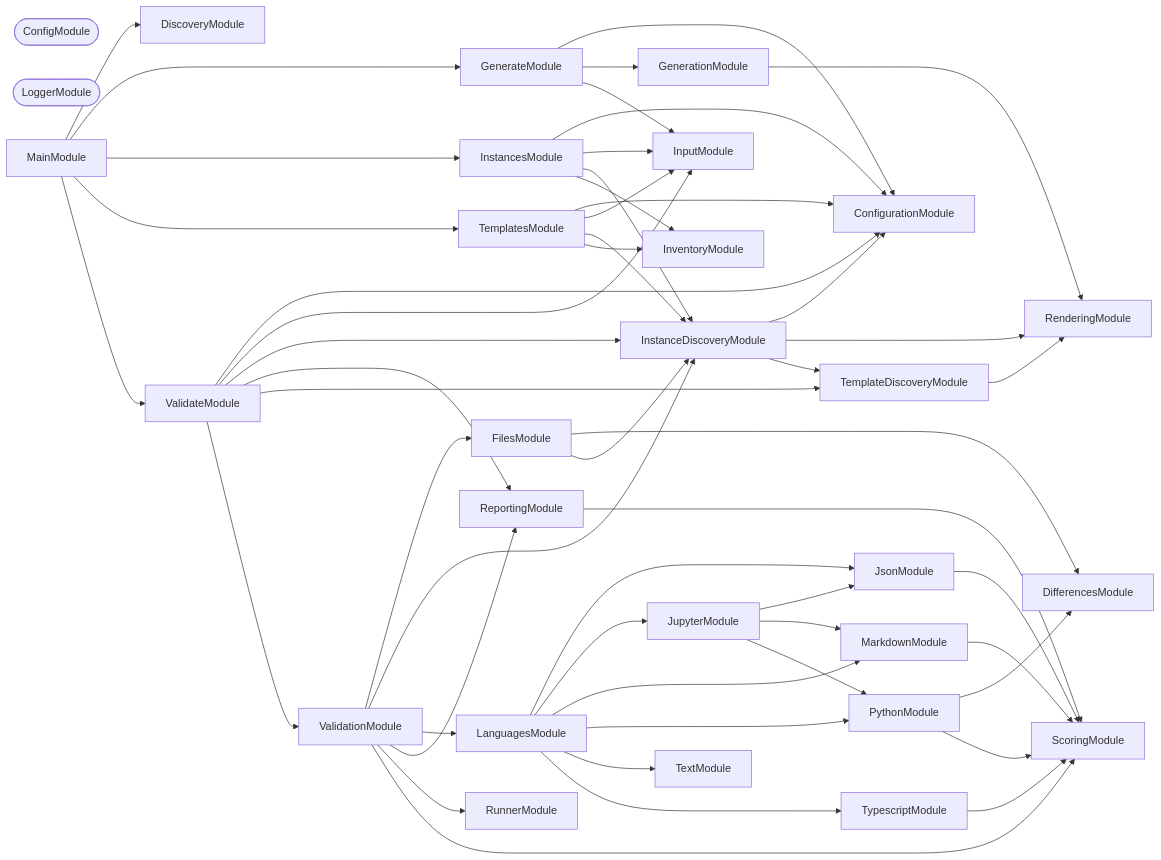
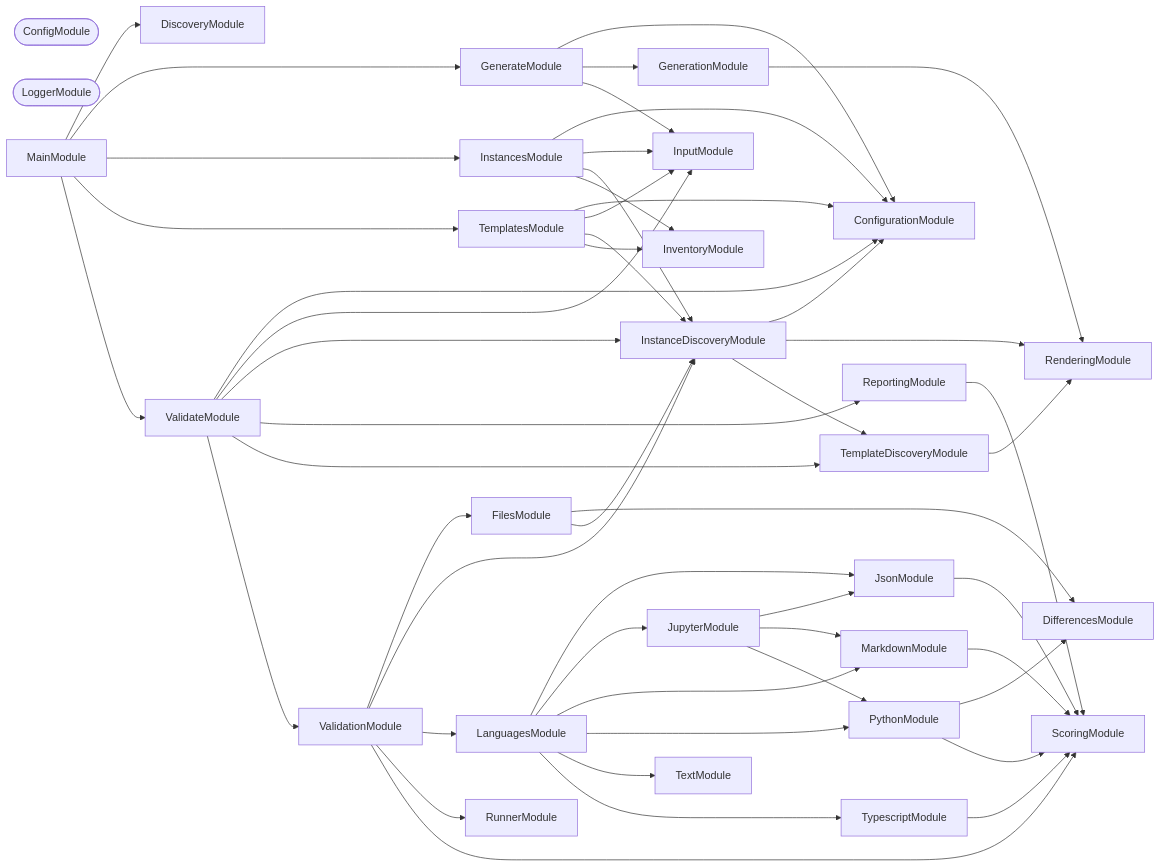
One commit to JimmyPaolini/codebase changed the second of 3 diagrams in packages/ic-suite/conformetry/conformetry-cli/README.md. Above: the diagram before and after it, drawn with Mermaid. The commit also changed other lines of this file and 169 other files, not shown here.

````diff
--- a/packages/ic-suite/conformetry/conformetry-cli/README.md
+++ b/packages/ic-suite/conformetry/conformetry-cli/README.md
@@ -876,81 +878,80 @@
 ```mermaid
 flowchart LR
   ConfigModule([ConfigModule])
   ConfigurationModule
   DifferencesModule
   DiscoveryModule
   FilesModule
   GenerateModule
   GenerationModule
   InputModule
   InstanceDiscoveryModule
   InstancesModule
   InventoryModule
   JsonModule
   JupyterModule
   LanguagesModule
   LoggerModule([LoggerModule])
   MainModule
   MarkdownModule
   PythonModule
   RenderingModule
   ReportingModule
   RunnerModule
   ScoringModule
   TemplateDiscoveryModule
   TemplatesModule
   TextModule
   TypescriptModule
   ValidateModule
   ValidationModule
   FilesModule --> DifferencesModule
   FilesModule --> InstanceDiscoveryModule
   GenerateModule --> ConfigurationModule
   GenerateModule --> GenerationModule
   GenerateModule --> InputModule
   GenerationModule --> RenderingModule
   InstanceDiscoveryModule --> ConfigurationModule
   InstanceDiscoveryModule --> RenderingModule
   InstanceDiscoveryModule --> TemplateDiscoveryModule
   InstancesModule --> ConfigurationModule
   InstancesModule --> InputModule
   InstancesModule --> InstanceDiscoveryModule
   InstancesModule --> InventoryModule
   JsonModule --> ScoringModule
   JupyterModule --> JsonModule
   JupyterModule --> MarkdownModule
   JupyterModule --> PythonModule
   LanguagesModule --> JsonModule
   LanguagesModule --> JupyterModule
   LanguagesModule --> MarkdownModule
   LanguagesModule --> PythonModule
   LanguagesModule --> TextModule
   LanguagesModule --> TypescriptModule
   MainModule --> DiscoveryModule
   MainModule --> GenerateModule
   MainModule --> InstancesModule
   MainModule --> TemplatesModule
   MainModule --> ValidateModule
   MarkdownModule --> ScoringModule
   PythonModule --> DifferencesModule
   PythonModule --> ScoringModule
   ReportingModule --> ScoringModule
   TemplateDiscoveryModule --> RenderingModule
   TemplatesModule --> ConfigurationModule
   TemplatesModule --> InputModule
   TemplatesModule --> InstanceDiscoveryModule
   TemplatesModule --> InventoryModule
   TypescriptModule --> ScoringModule
   ValidateModule --> ConfigurationModule
   ValidateModule --> InputModule
   ValidateModule --> InstanceDiscoveryModule
   ValidateModule --> ReportingModule
   ValidateModule --> TemplateDiscoveryModule
   ValidateModule --> ValidationModule
   ValidationModule --> FilesModule
   ValidationModule --> InstanceDiscoveryModule
   ValidationModule --> LanguagesModule
-  ValidationModule --> ReportingModule
   ValidationModule --> RunnerModule
   ValidationModule --> ScoringModule
 ```
````
